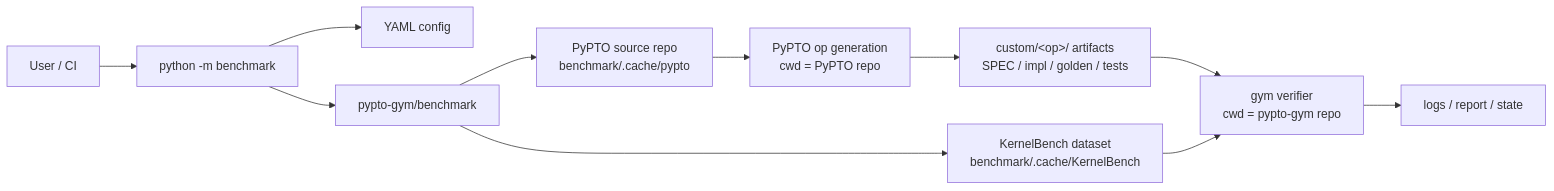
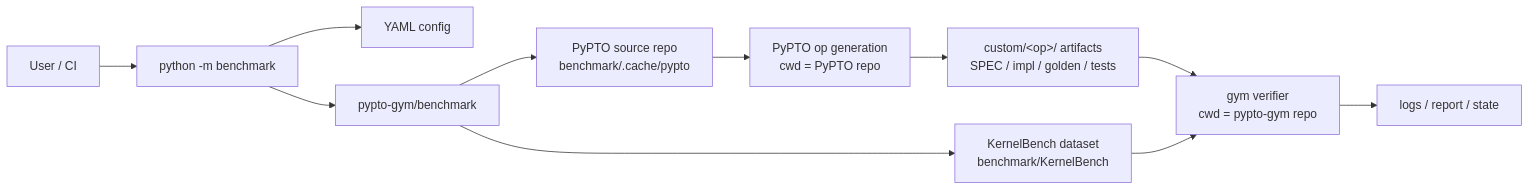
The first of 3 diagrams in benchmark/docs/architecture.md (hicann/pypto-gym), drawn with Mermaid before and after one commit. The commit also changed other lines of this file and 217 other files, not shown here.

````diff
--- a/benchmark/docs/architecture.md
+++ b/benchmark/docs/architecture.md
@@ -16,16 +16,16 @@
 ```mermaid
 flowchart LR
     User[User / CI] --> CLI["python -m benchmark"]
     CLI --> Config["YAML config"]
     CLI --> Gym["pypto-gym/benchmark"]
 
-    Gym --> KernelBench["KernelBench dataset<br/>benchmark/.cache/KernelBench"]
+    Gym --> KernelBench["KernelBench dataset<br/>benchmark/KernelBench"]
     Gym --> PyPTORepo["PyPTO source repo<br/>benchmark/.cache/pypto"]
 
     PyPTORepo --> Generation["PyPTO op generation<br/>cwd = PyPTO repo"]
     Generation --> CustomArtifacts["custom/&lt;op&gt;/ artifacts<br/>SPEC / impl / golden / tests"]
 
     CustomArtifacts --> Verifier["gym verifier<br/>cwd = pypto-gym repo"]
     KernelBench --> Verifier
     Verifier --> Reports["logs / report / state"]
 ```
````
